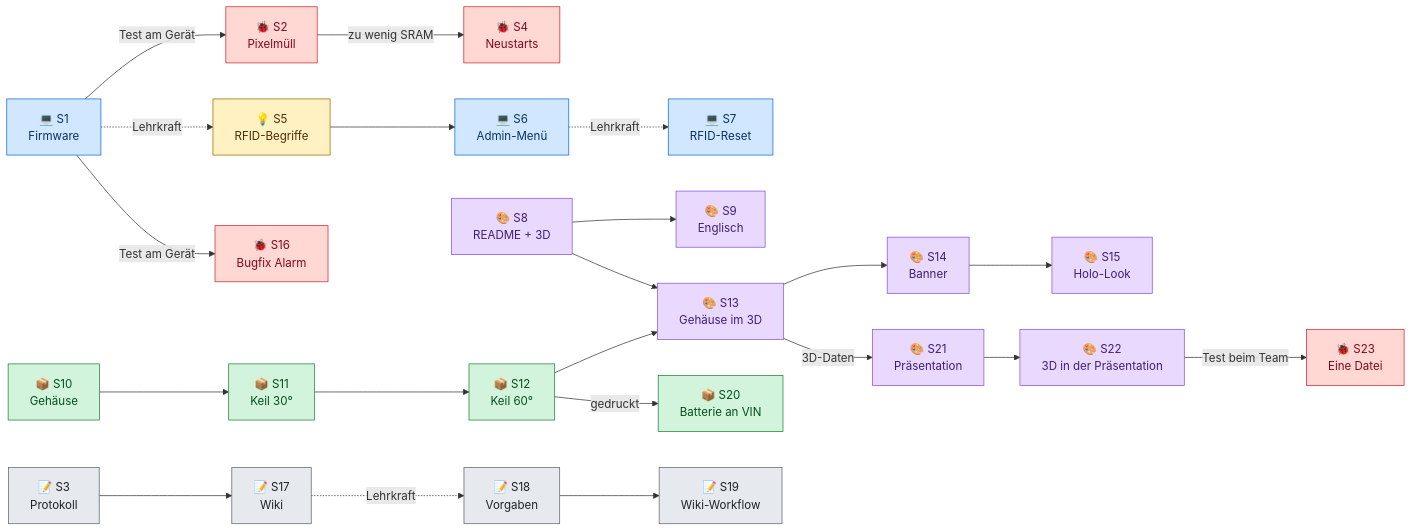
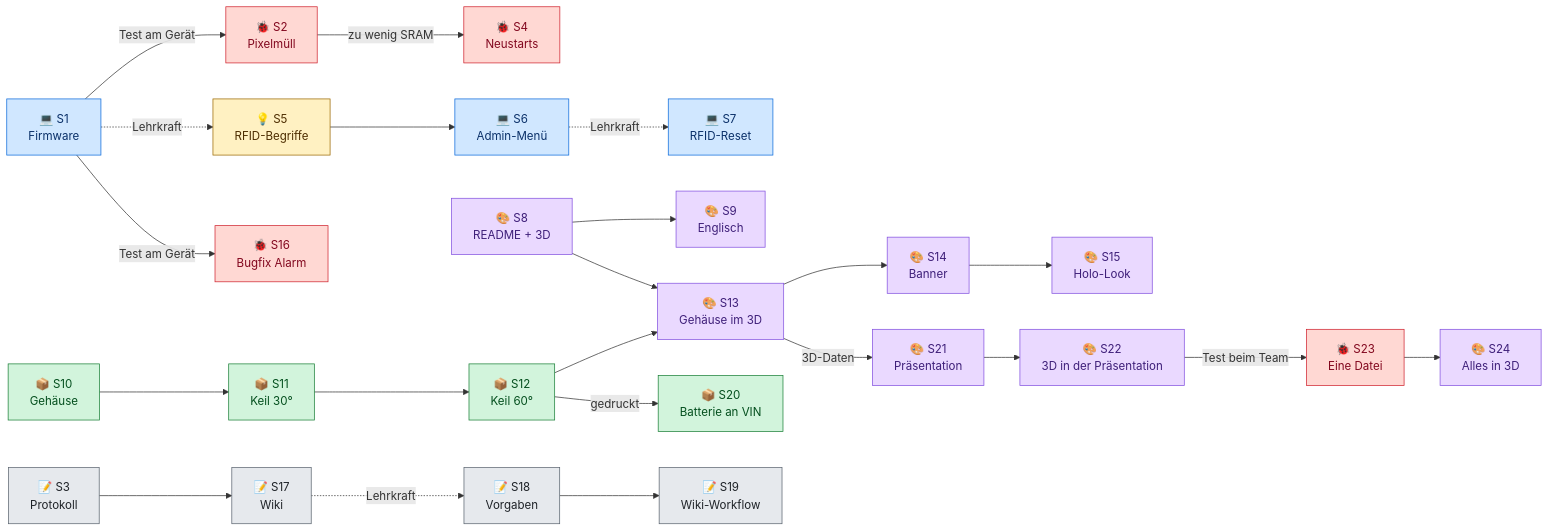
One commit to BBZ-AIFS51/LF7-Projekt_GAS changed the second of 3 diagrams in wiki/Entwicklungsverlauf.md. Above: the diagram before and after it, drawn with Mermaid. The commit also changed other lines of this file and 15 other files, not shown here.

First line of the commit message:
Rebuild the presentation as a full 3D motion-graphics show

````diff
--- a/wiki/Entwicklungsverlauf.md
+++ b/wiki/Entwicklungsverlauf.md
@@ -64,53 +65,54 @@
 ```mermaid
 flowchart LR
     P1["💻 S1<br/>Firmware"]
     P2["🐞 S2<br/>Pixelmüll"]
     P3["📝 S3<br/>Protokoll"]
     P4["🐞 S4<br/>Neustarts"]
     P5["💡 S5<br/>RFID-Begriffe"]
     P6["💻 S6<br/>Admin-Menü"]
     P7["💻 S7<br/>RFID-Reset"]
     P8["🎨 S8<br/>README + 3D"]
     P9["🎨 S9<br/>Englisch"]
     P10["📦 S10<br/>Gehäuse"]
     P11["📦 S11<br/>Keil 30°"]
     P12["📦 S12<br/>Keil 60°"]
     P13["🎨 S13<br/>Gehäuse im 3D"]
     P14["🎨 S14<br/>Banner"]
     P15["🎨 S15<br/>Holo-Look"]
     P16["🐞 S16<br/>Bugfix Alarm"]
     P17["📝 S17<br/>Wiki"]
     P18["📝 S18<br/>Vorgaben"]
     P19["📝 S19<br/>Wiki-Workflow"]
     P20["📦 S20<br/>Batterie an VIN"]
     P21["🎨 S21<br/>Präsentation"]
     P22["🎨 S22<br/>3D in der Präsentation"]
     P23["🐞 S23<br/>Eine Datei"]
+    P24["🎨 S24<br/>Alles in 3D"]
 
     P1 -- "Test am Gerät" --> P2 -- "zu wenig SRAM" --> P4
     P1 -. "Lehrkraft" .-> P5 --> P6
     P6 -. "Lehrkraft" .-> P7
     P1 -- "Test am Gerät" --> P16
     P8 --> P9
     P8 --> P13
     P10 --> P11 --> P12 --> P13
     P12 -- "gedruckt" --> P20
     P13 --> P14 --> P15
-    P13 -- "3D-Daten" --> P21 --> P22 -- "Test beim Team" --> P23
+    P13 -- "3D-Daten" --> P21 --> P22 -- "Test beim Team" --> P23 --> P24
     P3 --> P17
     P17 -. "Lehrkraft" .-> P18
     P18 --> P19
 
     classDef fw fill:#d0e7ff,stroke:#0969da,color:#0a3069
     classDef bug fill:#ffd8d3,stroke:#cf222e,color:#82071e
     classDef info fill:#fff1c2,stroke:#9a6700,color:#4d2d00
     classDef vis fill:#ead9ff,stroke:#8250df,color:#3e1f79
     classDef box fill:#d2f4dc,stroke:#1a7f37,color:#044f1e
     classDef doc fill:#e6e9ed,stroke:#59636e,color:#1f2328
     class P1,P6,P7 fw
     class P2,P4,P16,P23 bug
     class P5 info
-    class P8,P9,P13,P14,P15,P21,P22 vis
+    class P8,P9,P13,P14,P15,P21,P22,P24 vis
     class P10,P11,P12,P20 box
     class P3,P17,P18,P19 doc
 ```
````
